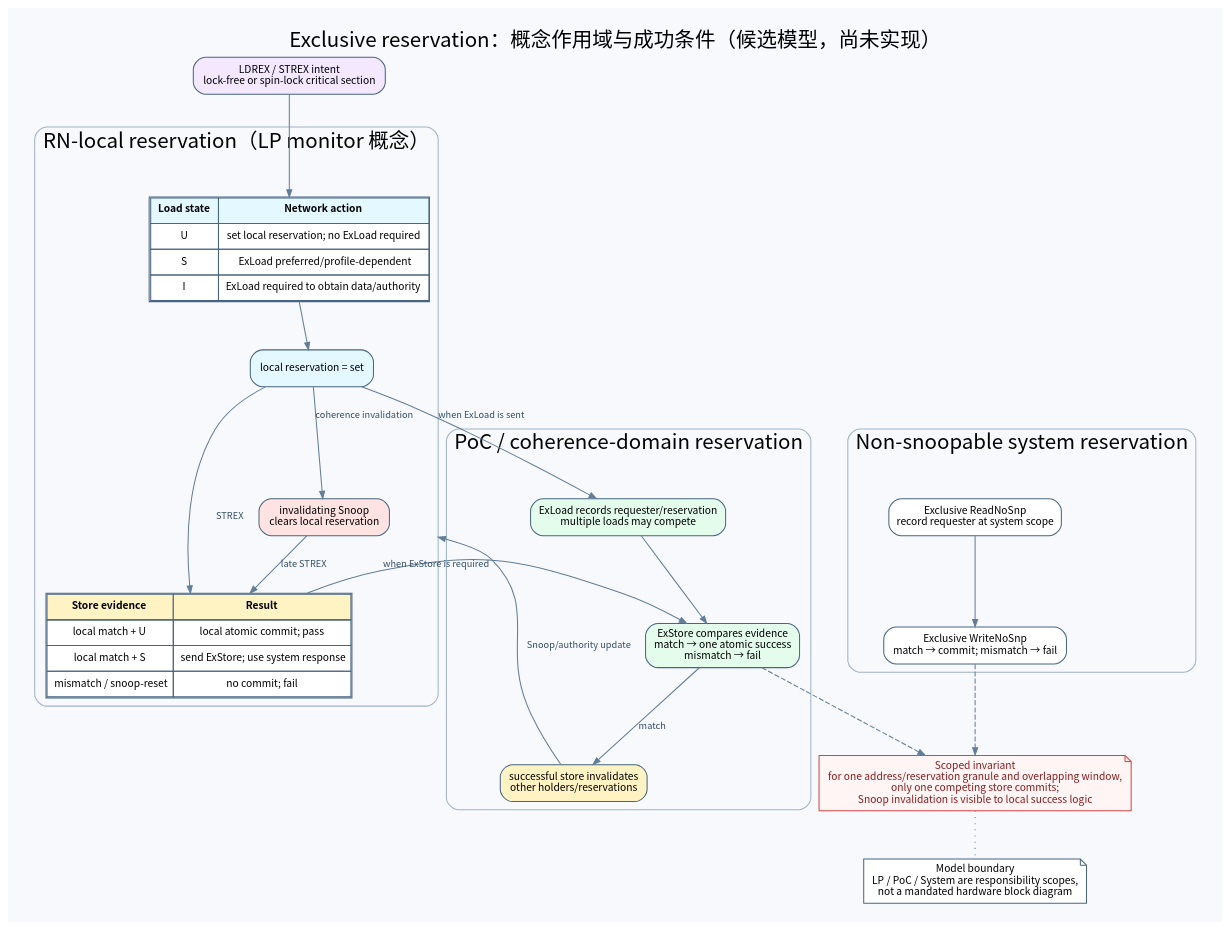
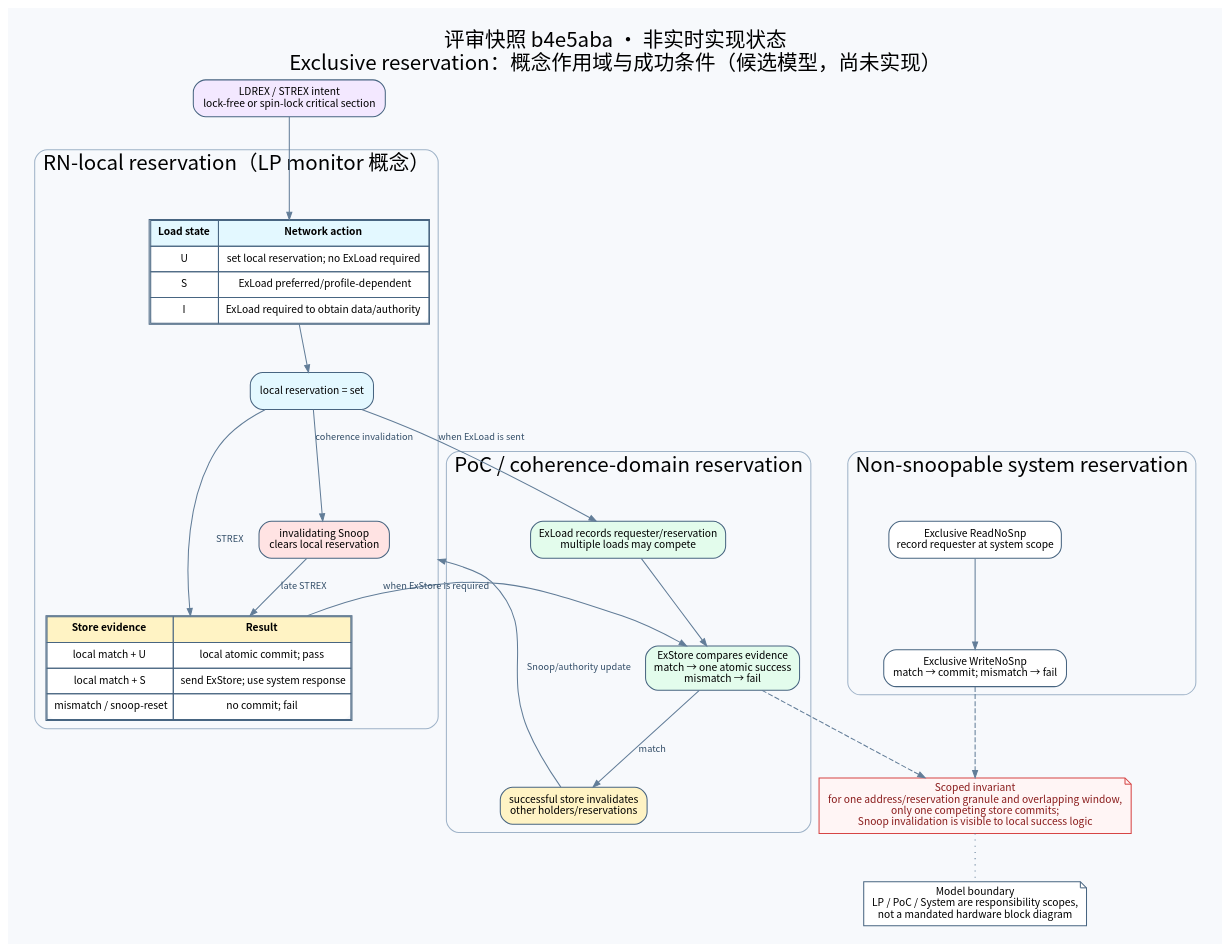
The diagram in docs/reviews/assets/chi-injected-flow-digest/exclusive-monitors.dot (WhiteDeerPro/PROTOCOL_MODEL), drawn with Graphviz before and after one commit. The commit also changed 29 other files, not shown here.

```diff
--- a/docs/reviews/assets/chi-injected-flow-digest/exclusive-monitors.dot
+++ b/docs/reviews/assets/chi-injected-flow-digest/exclusive-monitors.dot
@@ -1,127 +1,127 @@
 digraph chi_exclusive_monitors {
   graph [
     rankdir=TB,
     bgcolor="#f7f9fc",
     pad=0.25,
     nodesep=0.42,
     ranksep=0.62,
     compound=true,
     fontname="Noto Sans CJK SC",
-    label="Exclusive reservation：概念作用域与成功条件（候选模型，尚未实现）",
+    label="评审快照 b4e5aba · 非实时实现状态\nExclusive reservation：概念作用域与成功条件（候选模型，尚未实现）",
     labelloc=t,
     fontsize=20
   ];
   node [
     shape=box,
     style="rounded,filled",
     color="#486581",
     fillcolor="#ffffff",
     fontname="Noto Sans CJK SC",
     fontsize=10,
     margin="0.12,0.07"
   ];
   edge [
     color="#627d98",
     fontcolor="#334e68",
     fontname="Noto Sans CJK SC",
     fontsize=9,
     arrowsize=0.7
   ];
 
   app [
     fillcolor="#f3e8ff",
     label="LDREX / STREX intent\nlock-free or spin-lock critical section"
   ];
 
   subgraph cluster_local {
     label="RN-local reservation（LP monitor 概念）";
     color="#9fb3c8";
     style="rounded";
 
     load_table [
       shape=plain,
       label=<
         <TABLE BORDER="1" CELLBORDER="1" CELLSPACING="0" CELLPADDING="6">
           <TR><TD BGCOLOR="#E3F8FF"><B>Load state</B></TD><TD BGCOLOR="#E3F8FF"><B>Network action</B></TD></TR>
           <TR><TD>U</TD><TD>set local reservation; no ExLoad required</TD></TR>
           <TR><TD>S</TD><TD>ExLoad preferred/profile-dependent</TD></TR>
           <TR><TD>I</TD><TD>ExLoad required to obtain data/authority</TD></TR>
         </TABLE>
       >
     ];
     local_res [fillcolor="#e3f8ff", label="local reservation = set"];
     snp_reset [
       fillcolor="#ffe3e3",
       label="invalidating Snoop\nclears local reservation"
     ];
     store_table [
       shape=plain,
       label=<
         <TABLE BORDER="1" CELLBORDER="1" CELLSPACING="0" CELLPADDING="6">
           <TR><TD BGCOLOR="#FFF3C4"><B>Store evidence</B></TD><TD BGCOLOR="#FFF3C4"><B>Result</B></TD></TR>
           <TR><TD>local match + U</TD><TD>local atomic commit; pass</TD></TR>
           <TR><TD>local match + S</TD><TD>send ExStore; use system response</TD></TR>
           <TR><TD>mismatch / snoop-reset</TD><TD>no commit; fail</TD></TR>
         </TABLE>
       >
     ];
 
     load_table -> local_res;
     local_res -> snp_reset [label="coherence invalidation"];
     local_res -> store_table [label="STREX"];
     snp_reset -> store_table [label="late STREX"];
   }
 
   subgraph cluster_poc {
     label="PoC / coherence-domain reservation";
     color="#9fb3c8";
     style="rounded";
 
     poc_load [
       fillcolor="#e3fcec",
       label="ExLoad records requester/reservation\nmultiple loads may compete"
     ];
     poc_store [
       fillcolor="#e3fcec",
       label="ExStore compares evidence\nmatch → one atomic success\nmismatch → fail"
     ];
     invalidate_others [
       fillcolor="#fff3c4",
       label="successful store invalidates\nother holders/reservations"
     ];
 
     poc_load -> poc_store;
     poc_store -> invalidate_others [label="match"];
   }
 
   subgraph cluster_system {
     label="Non-snoopable system reservation";
     color="#9fb3c8";
     style="rounded";
 
     sys_load [label="Exclusive ReadNoSnp\nrecord requester at system scope"];
     sys_store [label="Exclusive WriteNoSnp\nmatch → commit; mismatch → fail"];
     sys_load -> sys_store;
   }
 
   outcome [
     shape=note,
     fillcolor="#fff5f5",
     color="#d64545",
     fontcolor="#8a1c1c",
     label="Scoped invariant\nfor one address/reservation granule and overlapping window,\nonly one competing store commits;\nSnoop invalidation is visible to local success logic"
   ];
   boundary [
     shape=note,
     fillcolor="#ffffff",
     label="Model boundary\nLP / PoC / System are responsibility scopes,\nnot a mandated hardware block diagram"
   ];
 
   app -> load_table;
   local_res -> poc_load [label="when ExLoad is sent"];
   store_table -> poc_store [label="when ExStore is required"];
   invalidate_others -> snp_reset [label="Snoop/authority update", lhead=cluster_local];
   poc_store -> outcome [style=dashed];
   sys_store -> outcome [style=dashed];
   outcome -> boundary [style=dotted, arrowhead=none];
 }
```
